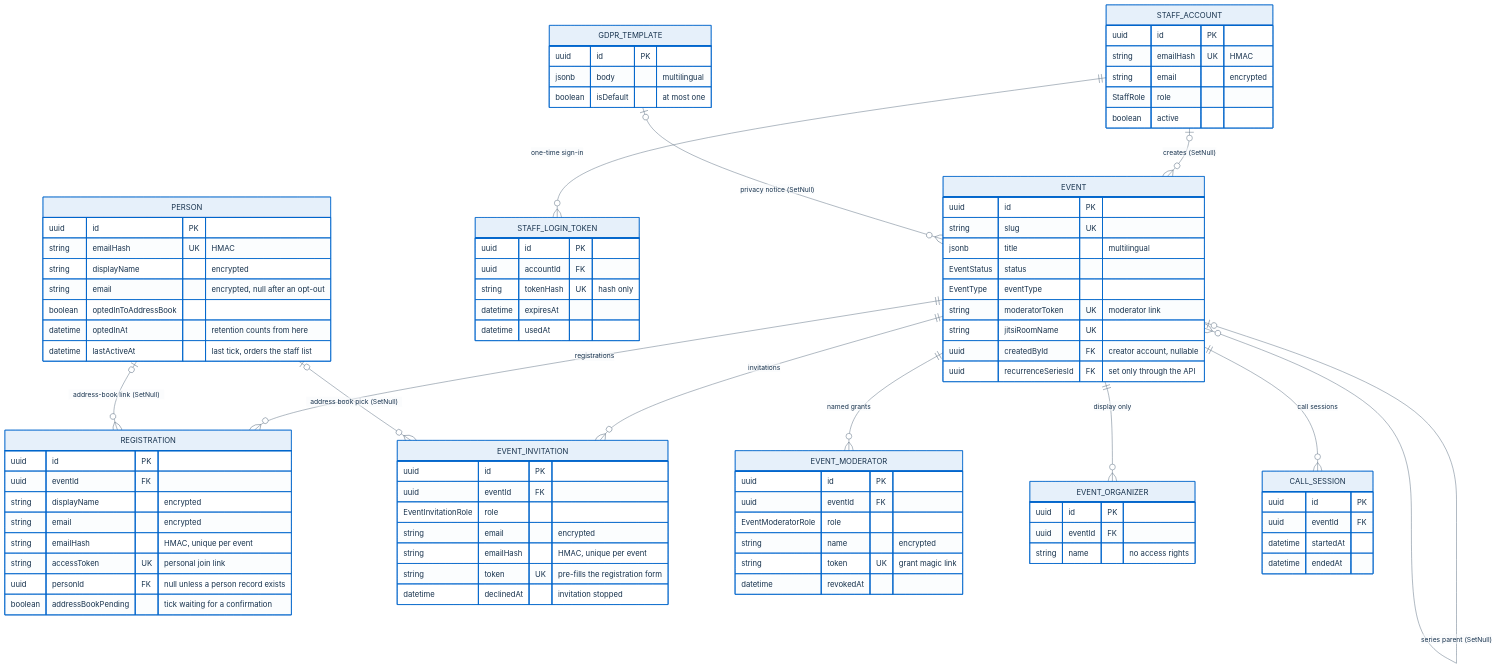
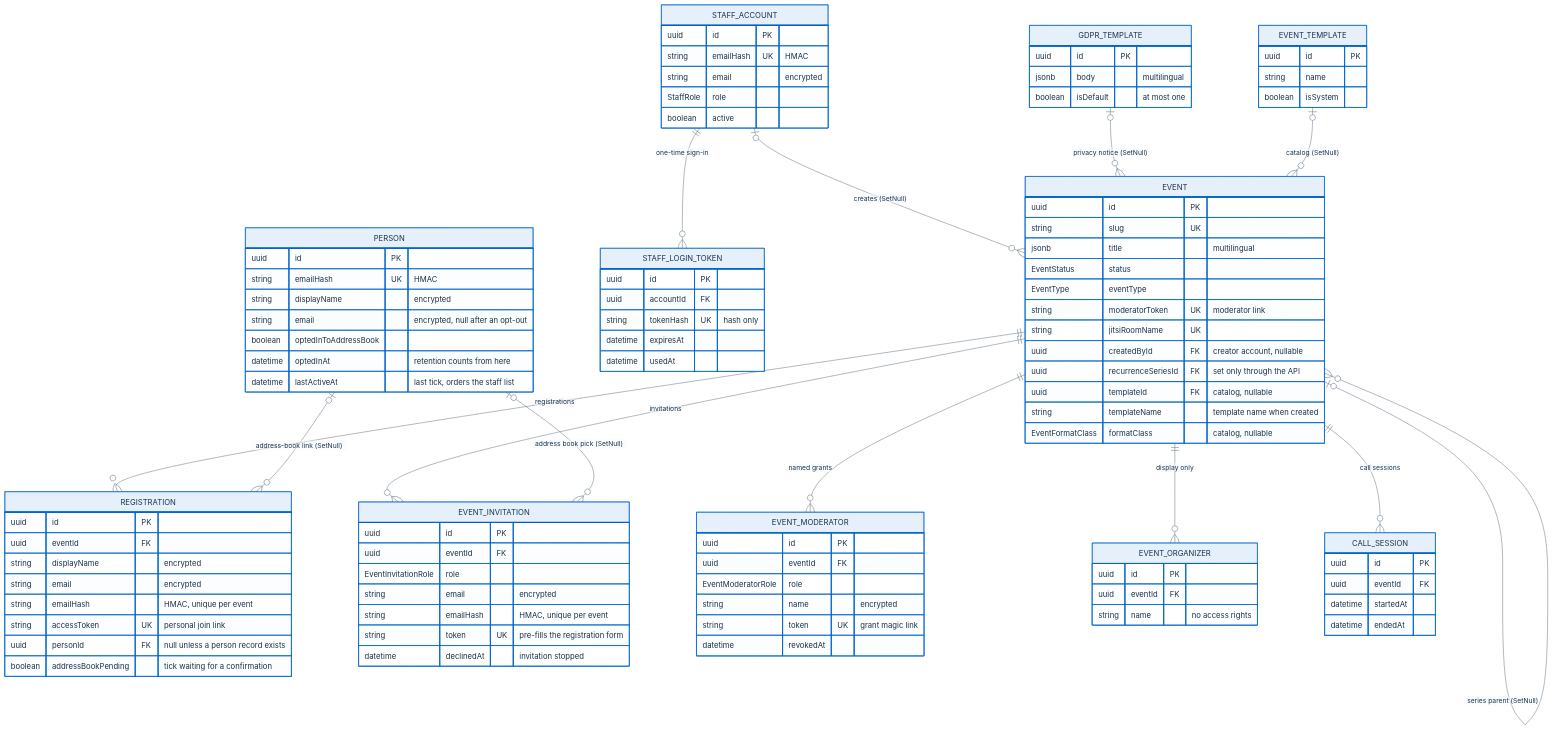
One commit to italia/pa-webinar changed the second of 4 diagrams in docs/architecture/data-model.md. Above: the diagram before and after it, drawn with Mermaid. The commit also changed other lines of this file and 3 other files, not shown here.

First line of the commit message:
docs(events): describe the event catalog and its statistics

```diff
--- a/docs/architecture/data-model.md
+++ b/docs/architecture/data-model.md
@@ -167,6 +167,7 @@
   STAFF_ACCOUNT |o--o{ EVENT : "creates (SetNull)"
   STAFF_ACCOUNT ||--o{ STAFF_LOGIN_TOKEN : "one-time sign-in"
   GDPR_TEMPLATE |o--o{ EVENT : "privacy notice (SetNull)"
+  EVENT_TEMPLATE |o--o{ EVENT : "catalog (SetNull)"
   EVENT |o--o{ EVENT : "series parent (SetNull)"
   EVENT ||--o{ REGISTRATION : "registrations"
   EVENT ||--o{ EVENT_INVITATION : "invitations"
@@ -186,6 +187,14 @@
     string jitsiRoomName UK
     uuid createdById FK "creator account, nullable"
     uuid recurrenceSeriesId FK "set only through the API"
+    uuid templateId FK "catalog, nullable"
+    string templateName "template name when created"
+    EventFormatClass formatClass "catalog, nullable"
+  }
+  EVENT_TEMPLATE {
+    uuid id PK
+    string name
+    boolean isSystem
   }
   REGISTRATION {
     uuid id PK
```
